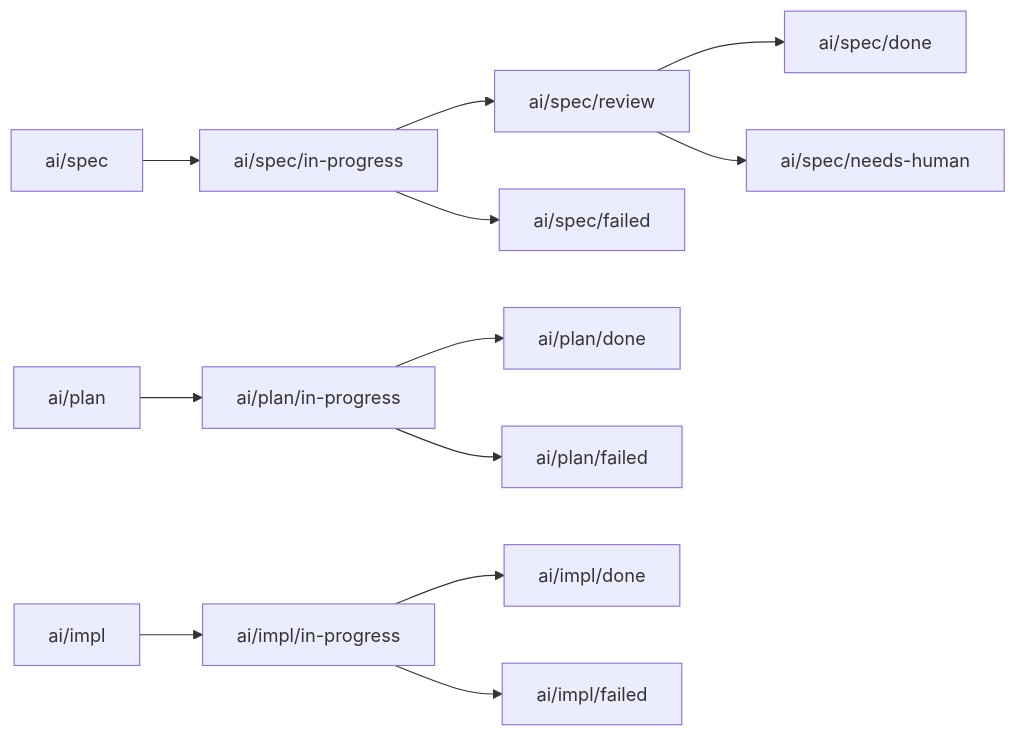
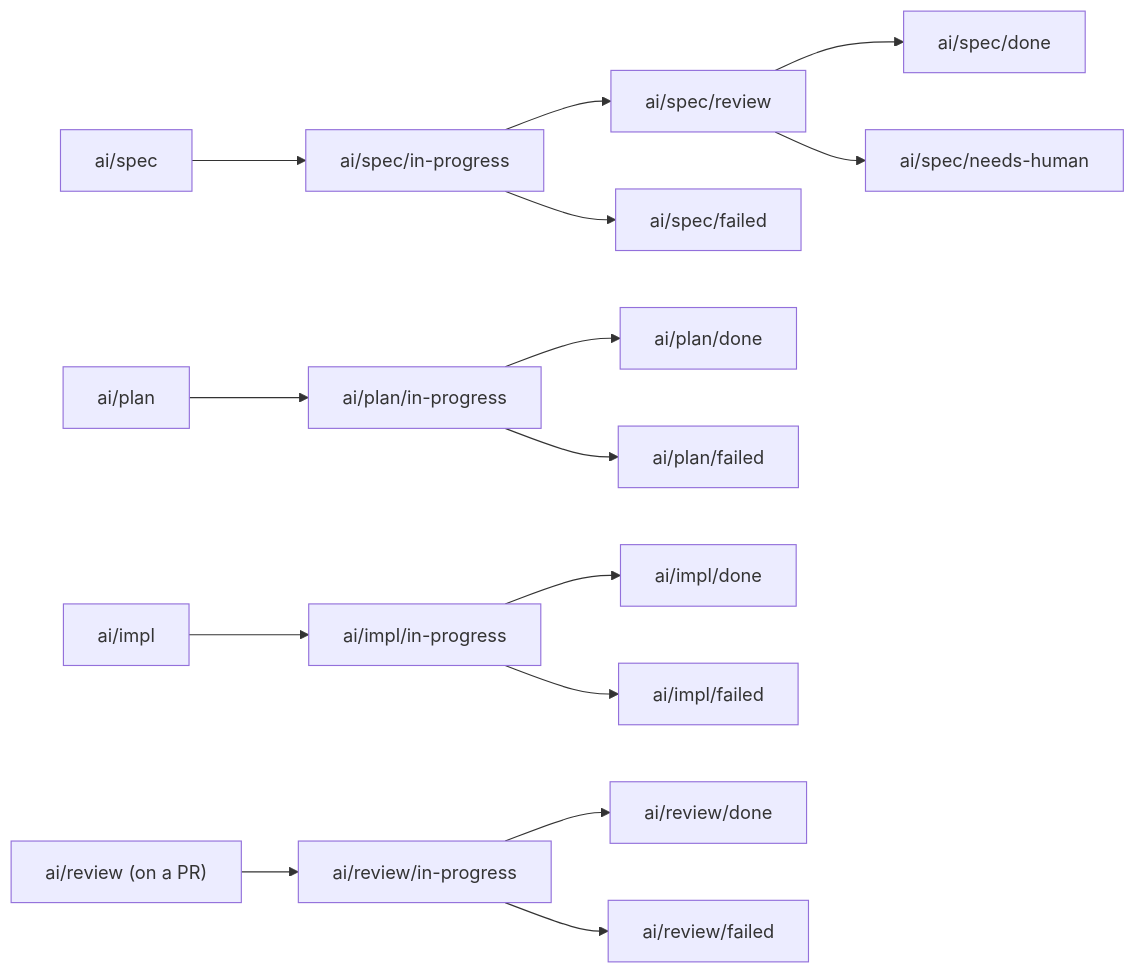
The second of 2 diagrams in README.md (nonz250/sabori-flow), drawn with Mermaid before and after one commit. The commit also changed other lines of this file and 3 other files, not shown here.

````diff
--- a/README.md
+++ b/README.md
@@ -189,16 +190,20 @@
 ```mermaid
 flowchart LR
     A["ai/spec"] --> B["ai/spec/in-progress"]
     B --> C["ai/spec/review"]
     C --> D["ai/spec/done"]
     C --> E["ai/spec/needs-human"]
     B --> F["ai/spec/failed"]
 
     G["ai/plan"] --> H["ai/plan/in-progress"]
     H --> I["ai/plan/done"]
     H --> J["ai/plan/failed"]
 
     K["ai/impl"] --> L["ai/impl/in-progress"]
     L --> M["ai/impl/done"]
     L --> N["ai/impl/failed"]
+
+    O["ai/review (on a PR)"] --> P["ai/review/in-progress"]
+    P --> Q["ai/review/done"]
+    P --> R["ai/review/failed"]
 ```
````
